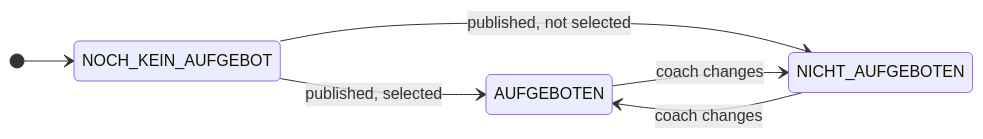
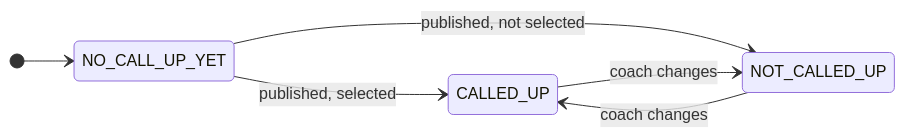
The fifth of 13 diagrams in docs/states.md (cyrilleulmi/StvBeroPlatform), drawn with Mermaid before and after one commit. The commit also changed other lines of this file and 435 other files, not shown here.

````diff
--- a/docs/states.md
+++ b/docs/states.md
@@ -123,9 +123,9 @@
 ```mermaid
 stateDiagram-v2
     direction LR
-    [*] --> NOCH_KEIN_AUFGEBOT
-    NOCH_KEIN_AUFGEBOT --> AUFGEBOTEN: published, selected
-    NOCH_KEIN_AUFGEBOT --> NICHT_AUFGEBOTEN: published, not selected
-    AUFGEBOTEN --> NICHT_AUFGEBOTEN: coach changes
-    NICHT_AUFGEBOTEN --> AUFGEBOTEN: coach changes
+    [*] --> NO_CALL_UP_YET
+    NO_CALL_UP_YET --> CALLED_UP: published, selected
+    NO_CALL_UP_YET --> NOT_CALLED_UP: published, not selected
+    CALLED_UP --> NOT_CALLED_UP: coach changes
+    NOT_CALLED_UP --> CALLED_UP: coach changes
 ```
````
